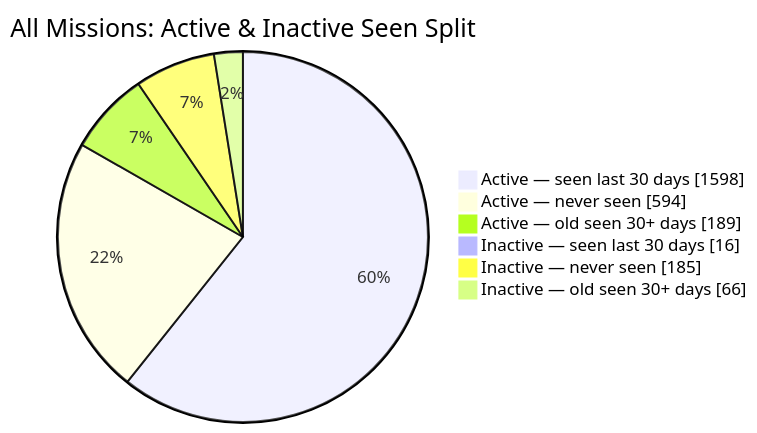
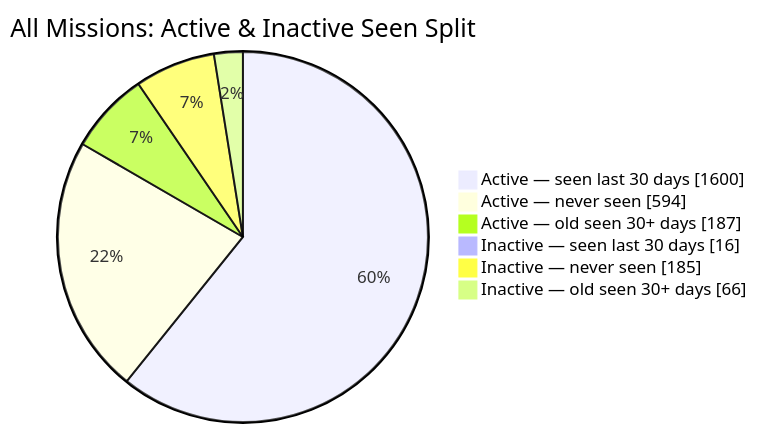
One commit to MeldkamerspelGameTeam/active-missions changed the second of 2 diagrams in README.md. Above: the diagram before and after it, drawn with Mermaid. The commit also changed other lines of this file and 2 other files, not shown here.

````diff
--- a/README.md
+++ b/README.md
@@ -44,10 +44,10 @@
 ```mermaid
 pie showData
     title All Missions: Active & Inactive Seen Split
-    "Active — seen last 30 days" : 1598
+    "Active — seen last 30 days" : 1600
     "Active — never seen" : 594
-    "Active — old seen 30+ days" : 189
+    "Active — old seen 30+ days" : 187
     "Inactive — seen last 30 days" : 16
     "Inactive — never seen" : 185
     "Inactive — old seen 30+ days" : 66
 ```
````
